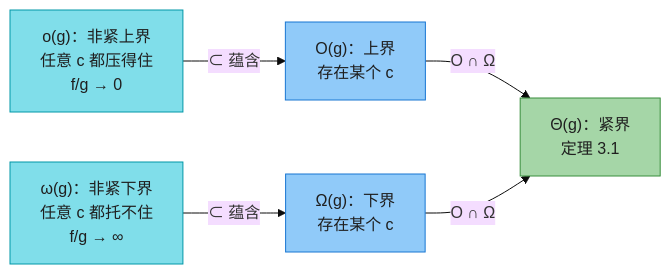
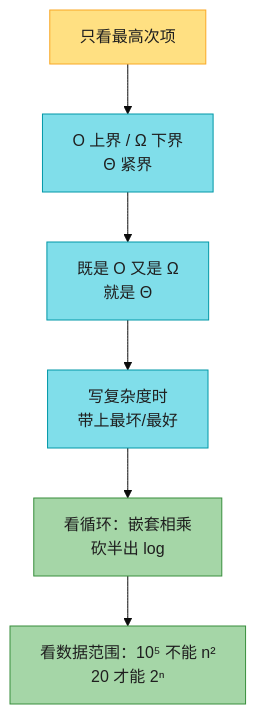
The fifth of 5 diagrams in IntroductionToAlgorithms/Chapter03_函数的增长_深度版.md (socoo123/book_reading), drawn with Mermaid (base theme) before and after one commit. The commit also changed other lines of this file and 19 other files, not shown here.

````diff
--- a/IntroductionToAlgorithms/Chapter03_函数的增长_深度版.md
+++ b/IntroductionToAlgorithms/Chapter03_函数的增长_深度版.md
@@ -503,13 +421,15 @@
 ```mermaid
-flowchart LR
-    oN["o(g)：非紧上界<br/>任意 c 都压得住<br/>f/g → 0"] -->|"⊂ 蕴含"| ON["O(g)：上界<br/>存在某个 c"]
-    wN["ω(g)：非紧下界<br/>任意 c 都托不住<br/>f/g → ∞"] -->|"⊂ 蕴含"| WN["Ω(g)：下界<br/>存在某个 c"]
-    ON -->|"O ∩ Ω"| TN["Θ(g)：紧界<br/>定理 3.1"]
-    WN -->|"O ∩ Ω"| TN
+flowchart TD
+    A["只看最高次项"] --> B["O 上界 / Ω 下界<br/>Θ 紧界"]
+    B --> C["既是 O 又是 Ω<br/>就是 Θ"]
+    C --> D["写复杂度时<br/>带上最坏/最好"]
+    D --> E["看循环：嵌套相乘<br/>砍半出 log"]
+    E --> F["看数据范围：10⁵ 不能 n²<br/>20 才能 2ⁿ"]
 
-    style oN fill:#80DEEA,stroke:#0097A7,color:#1f1f1f
-    style wN fill:#80DEEA,stroke:#0097A7,color:#1f1f1f
-    style ON fill:#90CAF9,stroke:#1976D2,color:#1f1f1f
-    style WN fill:#90CAF9,stroke:#1976D2,color:#1f1f1f
-    style TN fill:#A5D6A7,stroke:#388E3C,color:#1f1f1f
+    classDef a fill:#FFE082,stroke:#F9A825,color:#1f1f1f
+    classDef b fill:#80DEEA,stroke:#0097A7,color:#1f1f1f
+    classDef c fill:#A5D6A7,stroke:#388E3C,color:#1f1f1f
+    class A a
+    class B,C,D b
+    class E,F c
 ```
````
